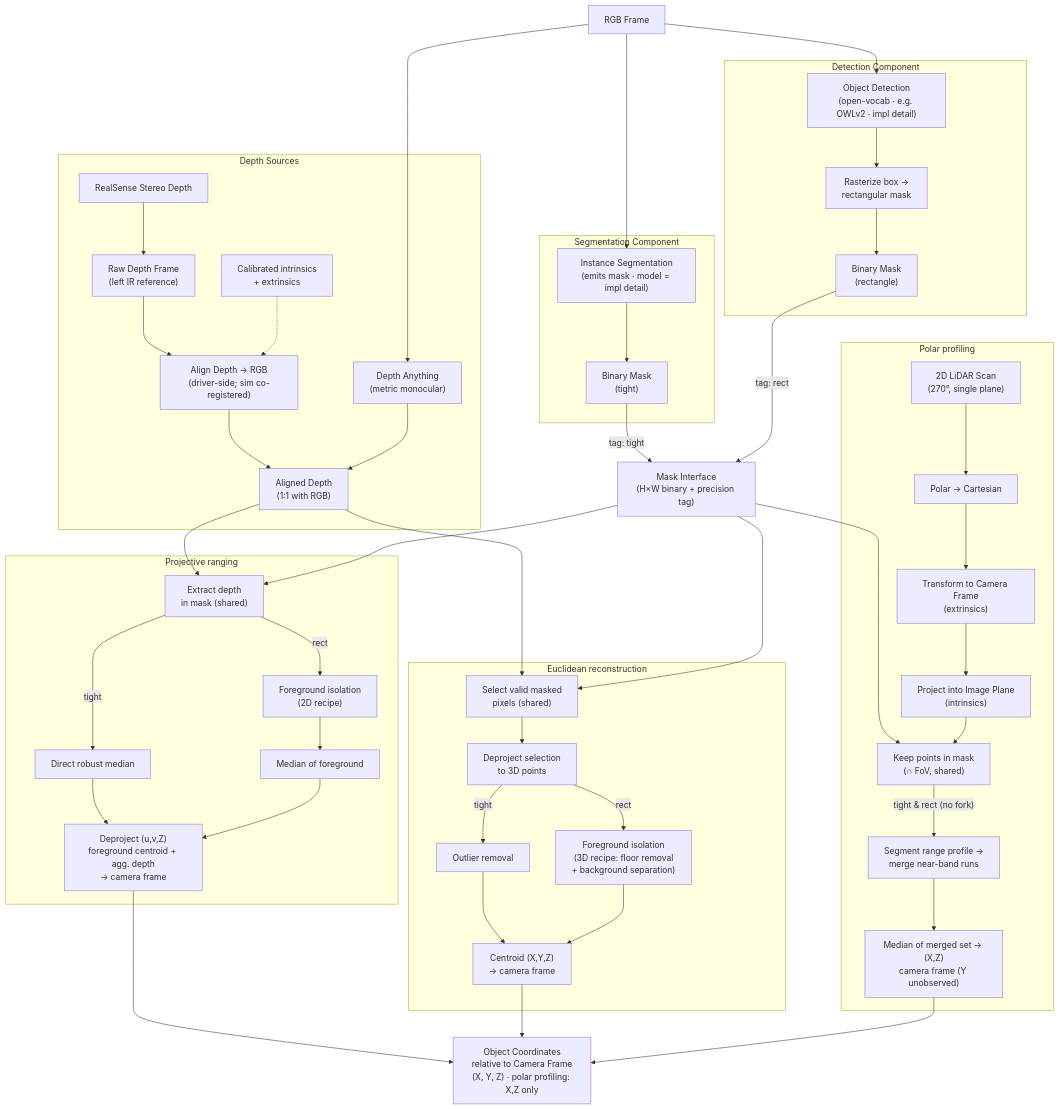
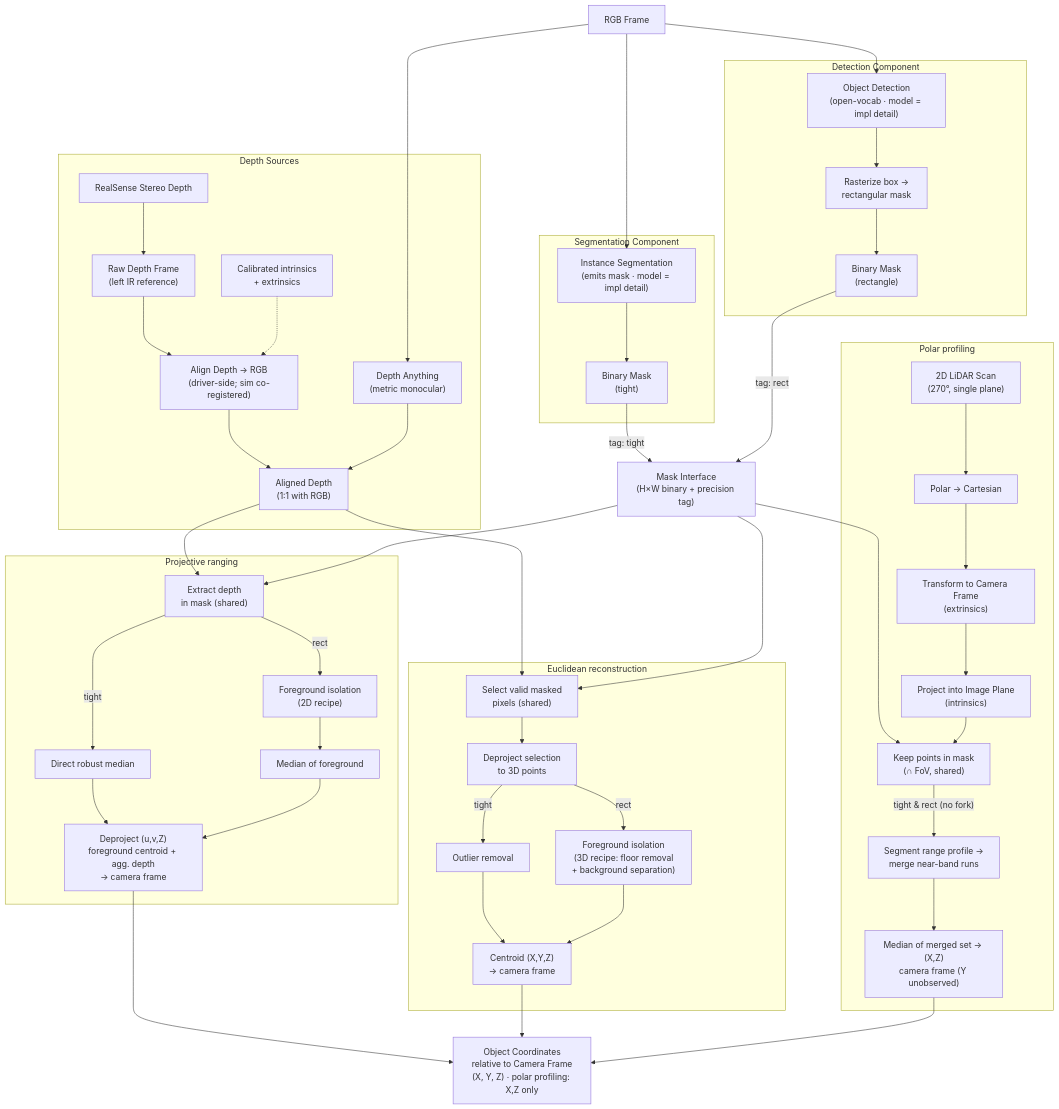
Before and after one commit to Cognitive-Software-Labs/DyNAMO-Ridgeback: the diagram in object_localization_documentation/Object_Localization_Pipeline.md, drawn with Mermaid. The commit also changed other lines of this file and 16 other files, not shown here.

````diff
--- a/object_localization_documentation/Object_Localization_Pipeline.md
+++ b/object_localization_documentation/Object_Localization_Pipeline.md
@@ -83,68 +83,68 @@
 ```mermaid
 flowchart TD
     RGB["RGB Frame"]
 
     subgraph SEGCOMP["Segmentation Component"]
         SEG["Instance Segmentation<br/>(emits mask · model = impl detail)"] --> MASK_S["Binary Mask<br/>(tight)"]
     end
     subgraph DETCOMP["Detection Component"]
-        DET["Object Detection<br/>(open-vocab · e.g. OWLv2 · impl detail)"] --> RAST["Rasterize box →<br/>rectangular mask"]
+        DET["Object Detection<br/>(open-vocab · model = impl detail)"] --> RAST["Rasterize box →<br/>rectangular mask"]
         RAST --> MASK_B["Binary Mask<br/>(rectangle)"]
     end
     RGB --> SEG
     RGB --> DET
 
     MASK_S -->|"tag: tight"| IFACE["Mask Interface<br/>(H×W binary + precision tag)"]
     MASK_B -->|"tag: rect"| IFACE
 
     subgraph DEPTHSRC["Depth Sources"]
         STEREO["RealSense Stereo Depth"] --> RAW["Raw Depth Frame<br/>(left IR reference)"]
         RAW --> ALIGN["Align Depth → RGB<br/>(driver-side; sim co-registered)"]
         CAL["Calibrated intrinsics<br/>+ extrinsics"] -.-> ALIGN
         ALIGN --> ALIGNED["Aligned Depth<br/>(1:1 with RGB)"]
         DA["Depth Anything<br/>(metric monocular)"] --> ALIGNED
     end
     RGB --> DA
 
     subgraph PATH_A["Projective ranging"]
         EXTRACT["Extract depth<br/>in mask (shared)"] -->|tight| A_T["Direct robust median"]
         EXTRACT -->|rect| A_R["Foreground isolation<br/>(2D recipe)"]
         A_R --> A_R2["Median of foreground"]
         A_T --> A_COORD["Deproject (u,v,Z)<br/>foreground centroid + agg. depth<br/>→ camera frame"]
         A_R2 --> A_COORD
     end
 
     subgraph PATH_B["Euclidean reconstruction"]
         SELECT["Select valid masked<br/>pixels (shared)"] --> DEPROJ["Deproject selection<br/>to 3D points"]
         DEPROJ -->|tight| B_T["Outlier removal"]
         DEPROJ -->|rect| B_R1["Foreground isolation<br/>(3D recipe: floor removal<br/>+ background separation)"]
         B_T --> B_COORD["Centroid (X,Y,Z)<br/>→ camera frame"]
         B_R1 --> B_COORD
     end
 
     %% declared before the subgraph so the edge routes left of the LiDAR chain
     IFACE --> L_SEL
 
     subgraph PATH_C["Polar profiling"]
         LIDAR["2D LiDAR Scan<br/>(270°, single plane)"] --> L_XY["Polar → Cartesian"]
         L_XY --> L_TF["Transform to Camera Frame<br/>(extrinsics)"]
         L_TF --> L_PROJ["Project into Image Plane<br/>(intrinsics)"]
         L_PROJ --> L_SEL["Keep points in mask<br/>(∩ FoV, shared)"]
         L_SEL -->|"tight & rect (no fork)"| C_SEG["Segment range profile →<br/>merge near-band runs"]
         C_SEG --> C_COORD["Median of merged set → (X,Z)<br/>camera frame (Y unobserved)"]
     end
 
     ALIGNED --> EXTRACT
     IFACE --> EXTRACT
     ALIGNED --> SELECT
     IFACE --> SELECT
 
     A_COORD --> FINAL["Object Coordinates<br/>relative to Camera Frame<br/>(X, Y, Z) · polar profiling: X,Z only"]
     B_COORD --> FINAL
     C_COORD --> FINAL
 
     %% invisible links: push euclidean reconstruction one rank down,
     %% keep the LiDAR column on the right side of the layout
     EXTRACT ~~~ SELECT
     MASK_B ~~~ LIDAR
 ```
````
